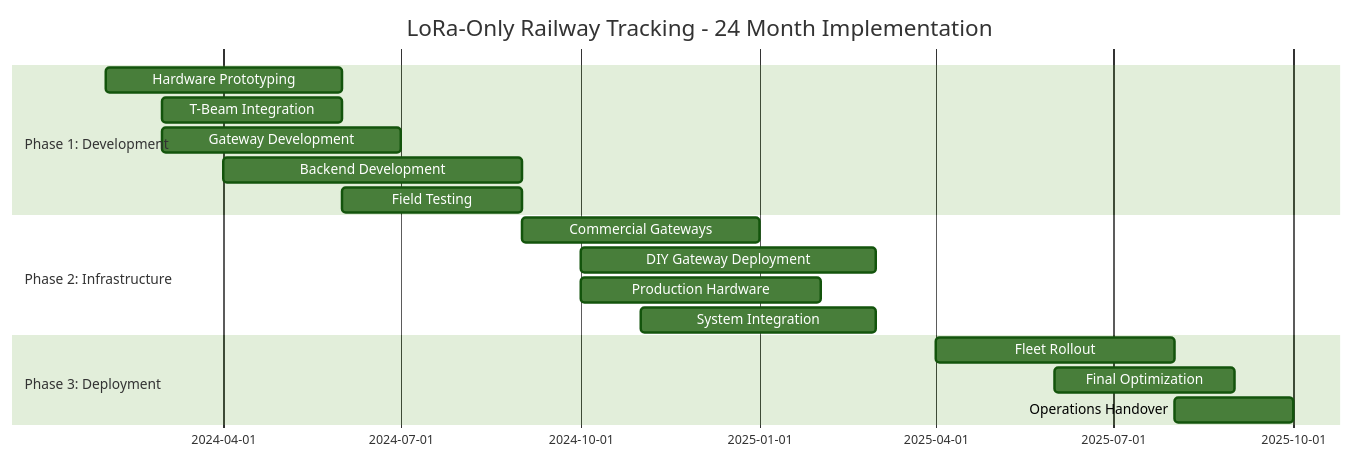
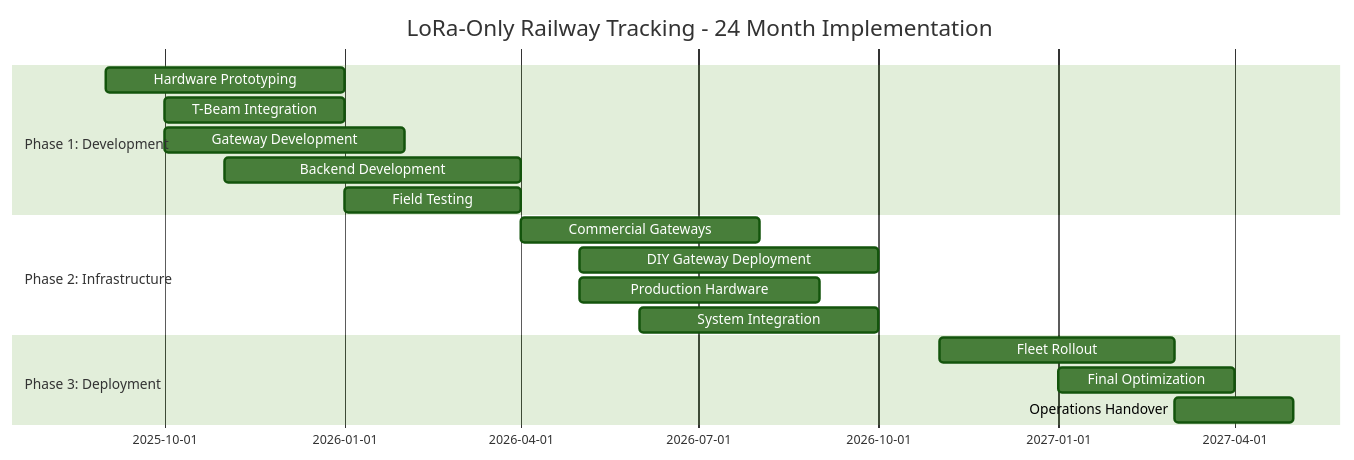
The second of 2 diagrams in docs/lora_only_option.md (transnet-eduard-reitmann/locomotive-tracking-unit), drawn with Mermaid (forest theme) before and after one commit. The commit also changed 2 other files, not shown here.

Commit message:
Update project timelines to start in September 2025
- Moved all development timelines forward by ~19 months
- Cellular-Only variant: Now Sep 2025 - Nov 2026 (15 months)
- LoRa-Only variant: Now Sep 2025 - May 2027 (24 months)
- Hybrid variant: Now Sep 2025 - Mar 2027 (18 months)
- Updated Gantt chart dates in all variant documentation

🤖 Generated with [Claude Code](https://claude.ai/code)

````diff
--- a/docs/lora_only_option.md
+++ b/docs/lora_only_option.md
@@ -431,20 +431,20 @@
 ```mermaid
 gantt
     title LoRa-Only Railway Tracking - 24 Month Implementation
     dateFormat  YYYY-MM-DD
     section Phase 1: Development
-    Hardware Prototyping     :2024-02-01, 4M
-    T-Beam Integration      :2024-03-01, 3M
-    Gateway Development     :2024-03-01, 4M
-    Backend Development      :2024-04-01, 5M
-    Field Testing           :2024-06-01, 3M
+    Hardware Prototyping     :2025-09-01, 4M
+    T-Beam Integration      :2025-10-01, 3M
+    Gateway Development     :2025-10-01, 4M
+    Backend Development      :2025-11-01, 5M
+    Field Testing           :2026-01-01, 3M
     section Phase 2: Infrastructure
-    Commercial Gateways     :2024-09-01, 4M
-    DIY Gateway Deployment  :2024-10-01, 5M
-    Production Hardware      :2024-10-01, 4M
-    System Integration       :2024-11-01, 4M
+    Commercial Gateways     :2026-04-01, 4M
+    DIY Gateway Deployment  :2026-05-01, 5M
+    Production Hardware      :2026-05-01, 4M
+    System Integration       :2026-06-01, 4M
     section Phase 3: Deployment
-    Fleet Rollout           :2025-04-01, 4M
-    Final Optimization      :2025-06-01, 3M
-    Operations Handover      :2025-08-01, 2M
+    Fleet Rollout           :2026-11-01, 4M
+    Final Optimization      :2027-01-01, 3M
+    Operations Handover      :2027-03-01, 2M
 ```
````
